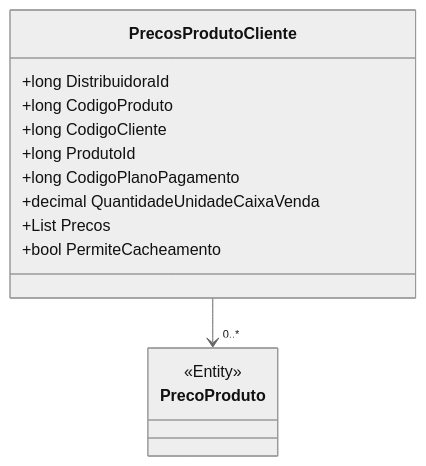
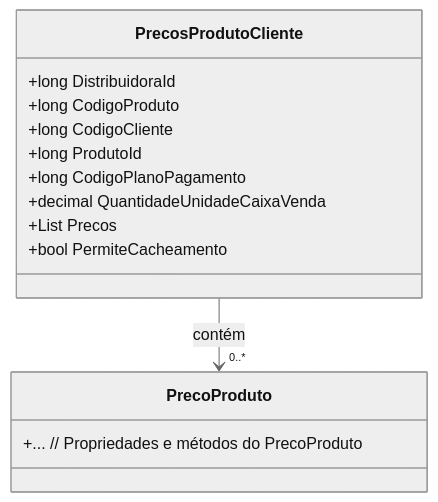
The diagram in docs/b2b-dominio/IsthmusWinthor.Nucleo/IsthmusWinthor.Dominio/POCO/Precos/PrecosProdutoCliente.md (IsthmusSistemas/documentacao-tecnica), drawn with Mermaid (neutral theme) before and after one commit. The commit also changed other lines of this file and 882 other files, not shown here.

````diff
--- a/docs/b2b-dominio/IsthmusWinthor.Nucleo/IsthmusWinthor.Dominio/POCO/Precos/PrecosProdutoCliente.md
+++ b/docs/b2b-dominio/IsthmusWinthor.Nucleo/IsthmusWinthor.Dominio/POCO/Precos/PrecosProdutoCliente.md
@@ -22,17 +21,19 @@
 ```mermaid
 classDiagram
     class PrecosProdutoCliente {
-        +long DistribuidoraId
-        +long CodigoProduto
-        +long CodigoCliente
-        +long ProdutoId
-        +long CodigoPlanoPagamento
-        +decimal QuantidadeUnidadeCaixaVenda
-        +List<PrecoProduto> Precos
-        +bool PermiteCacheamento
+      +long DistribuidoraId
+      +long CodigoProduto
+      +long CodigoCliente
+      +long ProdutoId
+      +long CodigoPlanoPagamento
+      +decimal QuantidadeUnidadeCaixaVenda
+      +List<PrecoProduto> Precos
+      +bool PermiteCacheamento
     }
+    
     class PrecoProduto {
-        <<Entity>>
+      +... // Propriedades e métodos do PrecoProduto
     }
-    PrecosProdutoCliente --> "0..*" PrecoProduto
-``` 
+    
+    PrecosProdutoCliente --> "0..*" PrecoProduto : contém
+```
````
